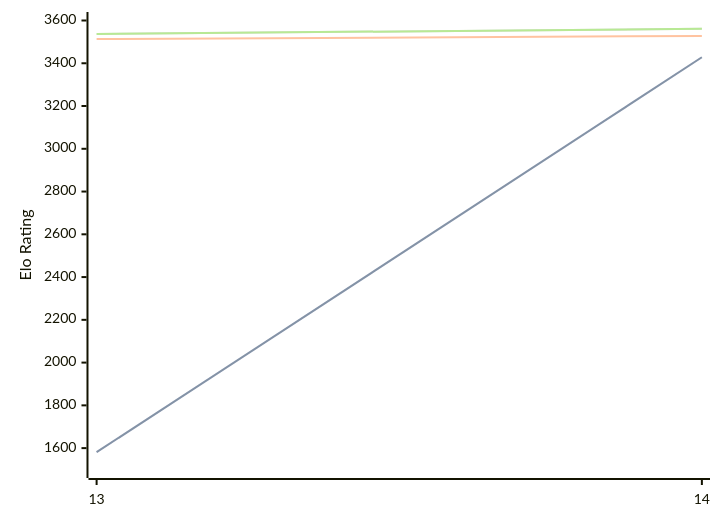
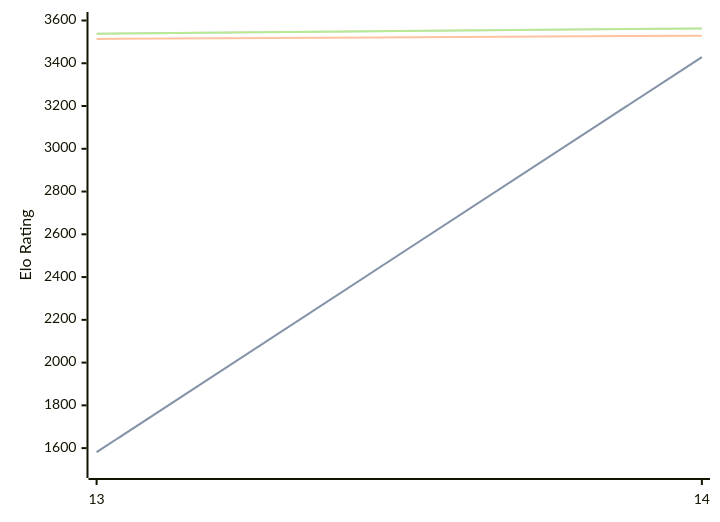
The diagram in engines/Berserk.md (computer-chess-index/cci), drawn with Mermaid before and after one commit. The commit also changed other lines of this file, not shown here.

Commit message:
Update CCI Ratings (ELO VLTC) - 2026-07-23

````diff
--- a/engines/Berserk.md
+++ b/engines/Berserk.md
@@ -63,11 +63,11 @@
 ```mermaid
 %%{init: {"theme":"base","themeVariables":{"seriesColors:['#a3a3a3','#222221','#faa371']}}}%%
 xychart-beta
   x-axis ["13", "14"]
   y-axis "Elo Rating" 1500 --> 3600
-  line "STC (8.0+0.08s)" [1581, 3428]
-  line "STC (8.0+0.08s)" [1581, 3428]
-  line "LTC (60.0+0.60s)" [3513, 3528]
-  line "VLTC (2m24s+1.12s)" [3537, 3561]
-  line "VLTC (2m24s+1.12s)" [3537, 3561]
+  line "STC (8.0+0.08s)" [1581, 3429]
+  line "STC (8.0+0.08s)" [1581, 3429]
+  line "LTC (60.0+0.60s)" [3514, 3529]
+  line "VLTC (2m24s+1.12s)" [3538, 3563]
+  line "VLTC (2m24s+1.12s)" [3538, 3563]
 ```
````
